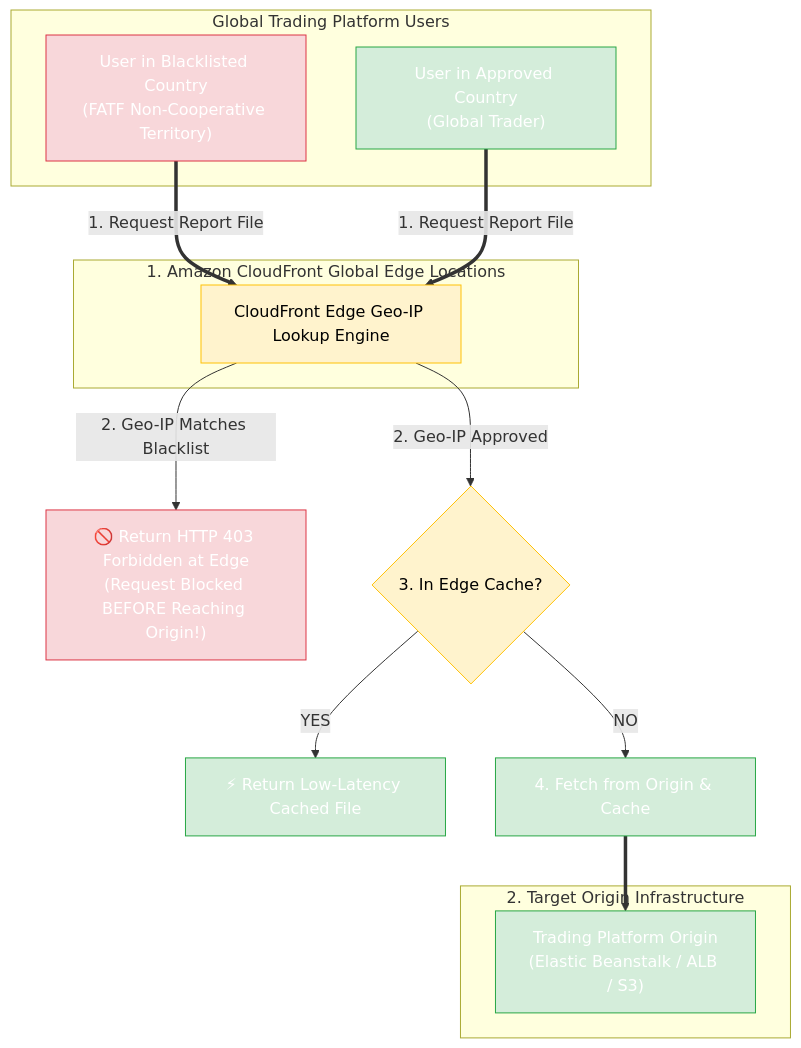
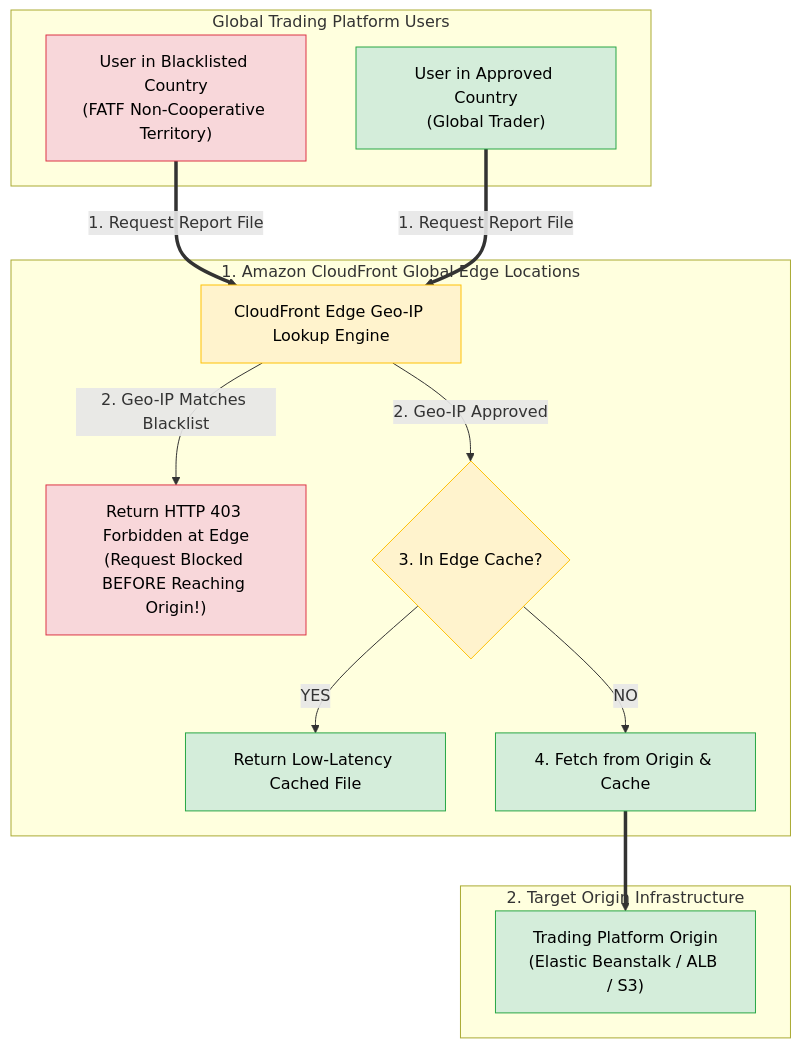
One commit to ReginRavi/AIP-C01 changed the fifth of 20 diagrams in Professional/3.3 Global service offerings (for example, AWS Global Accelerator, Amazon CloudFront, edge computing services).md. Above: the diagram before and after it, drawn with Mermaid. The commit also changed other lines of this file and 1 other file, not shown here.

Commit message:
Fix mermaid diagram syntax in Global service offerings and High-performing systems architectures notes

````diff
--- a/Professional/3.3 Global service offerings (for example, AWS Global Accelerator, Amazon CloudFront, edge computing services).md
+++ b/Professional/3.3 Global service offerings (for example, AWS Global Accelerator, Amazon CloudFront, edge computing services).md
@@ -158,31 +166,36 @@
 ```mermaid
 flowchart TD
-    subgraph GlobalUsers["Global Trading Platform Users"]
+    subgraph GlobalUsers ["Global Trading Platform Users"]
         BlacklistedUser["User in Blacklisted Country<br/>(FATF Non-Cooperative Territory)"]
         ApprovedUser["User in Approved Country<br/>(Global Trader)"]
     end
 
-    subgraph EdgeLayer["1. Amazon CloudFront Global Edge Locations"]
+    subgraph EdgeLayer ["1. Amazon CloudFront Global Edge Locations"]
         EdgeCheck["CloudFront Edge Geo-IP Lookup Engine"]
+        BlockResponse["Return HTTP 403 Forbidden at Edge<br/>(Request Blocked BEFORE Reaching Origin!)"]
+        CacheCheck{"3. In Edge Cache?"}
+        ServeCache["Return Low-Latency Cached File"]
+        FetchOrigin["4. Fetch from Origin & Cache"]
     end
 
-    subgraph OriginLayer["2. Target Origin Infrastructure"]
+    subgraph OriginLayer ["2. Target Origin Infrastructure"]
         OriginApp["Trading Platform Origin<br/>(Elastic Beanstalk / ALB / S3)"]
     end
 
     BlacklistedUser ==>|"1. Request Report File"| EdgeCheck
-    EdgeCheck -- "2. Geo-IP Matches Blacklist" --> BlockResponse["🚫 Return HTTP 403 Forbidden at Edge<br/>(Request Blocked BEFORE Reaching Origin!)"]
+    EdgeCheck -- "2. Geo-IP Matches Blacklist" --> BlockResponse
 
     ApprovedUser ==>|"1. Request Report File"| EdgeCheck
-    EdgeCheck -- "2. Geo-IP Approved" --> CacheCheck{"3. In Edge Cache?"}
-    CacheCheck -- "YES" --> ServeCache["⚡ Return Low-Latency Cached File"]
-    CacheCheck -- "NO" --> FetchOrigin["4. Fetch from Origin & Cache"] ==> OriginApp
+    EdgeCheck -- "2. Geo-IP Approved" --> CacheCheck
+    CacheCheck -- "YES" --> ServeCache
+    CacheCheck -- "NO" --> FetchOrigin
+    FetchOrigin ==> OriginApp
 
-    classDef danger fill:#f8d7da,stroke:#dc3545,color:#ffffff;
-    classDef safe fill:#d4edda,stroke:#28a745,color:#ffffff;
+    classDef danger fill:#f8d7da,stroke:#dc3545,color:#000000;
+    classDef safe fill:#d4edda,stroke:#28a745,color:#000000;
     classDef edge fill:#fff3cd,stroke:#ffc107,color:#000000;
 
     class BlacklistedUser,BlockResponse danger;
     class ApprovedUser,ServeCache,FetchOrigin,OriginApp safe;
     class EdgeCheck,CacheCheck edge;
 ```
````
